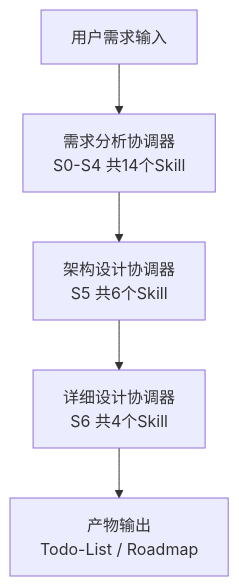
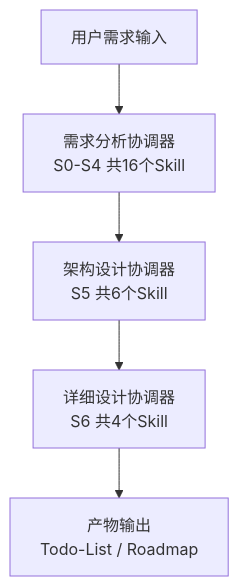
Before and after one commit to HeartFlying/swf: the first of 4 diagrams in WORKFLOW.md, drawn with Mermaid. The commit also changed other lines of this file and 256 other files, not shown here.

````diff
--- a/WORKFLOW.md
+++ b/WORKFLOW.md
@@ -20,7 +20,7 @@
 ```mermaid
 flowchart TD
-    A[用户需求输入] --> B[需求分析协调器<br/>S0-S4 共14个Skill]
+    A[用户需求输入] --> B[需求分析协调器<br/>S0-S4 共16个Skill]
     B --> C[架构设计协调器<br/>S5 共6个Skill]
     C --> D[详细设计协调器<br/>S6 共4个Skill]
     D --> E[产物输出<br/>Todo-List / Roadmap]
 ```
````
